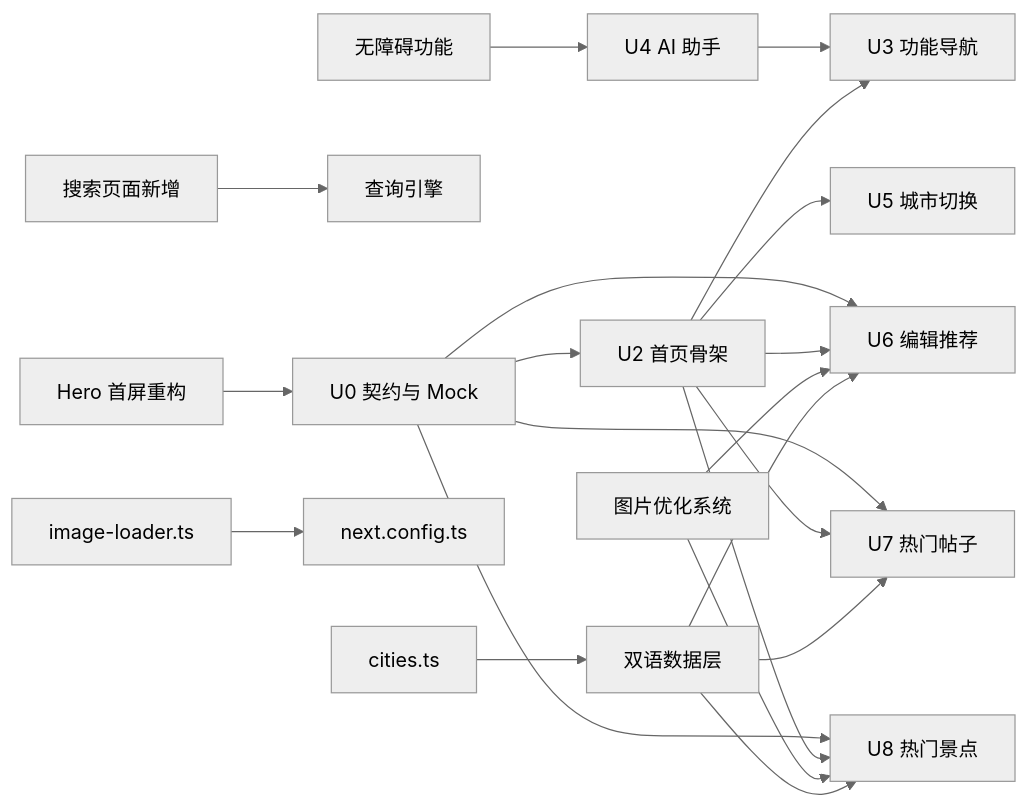
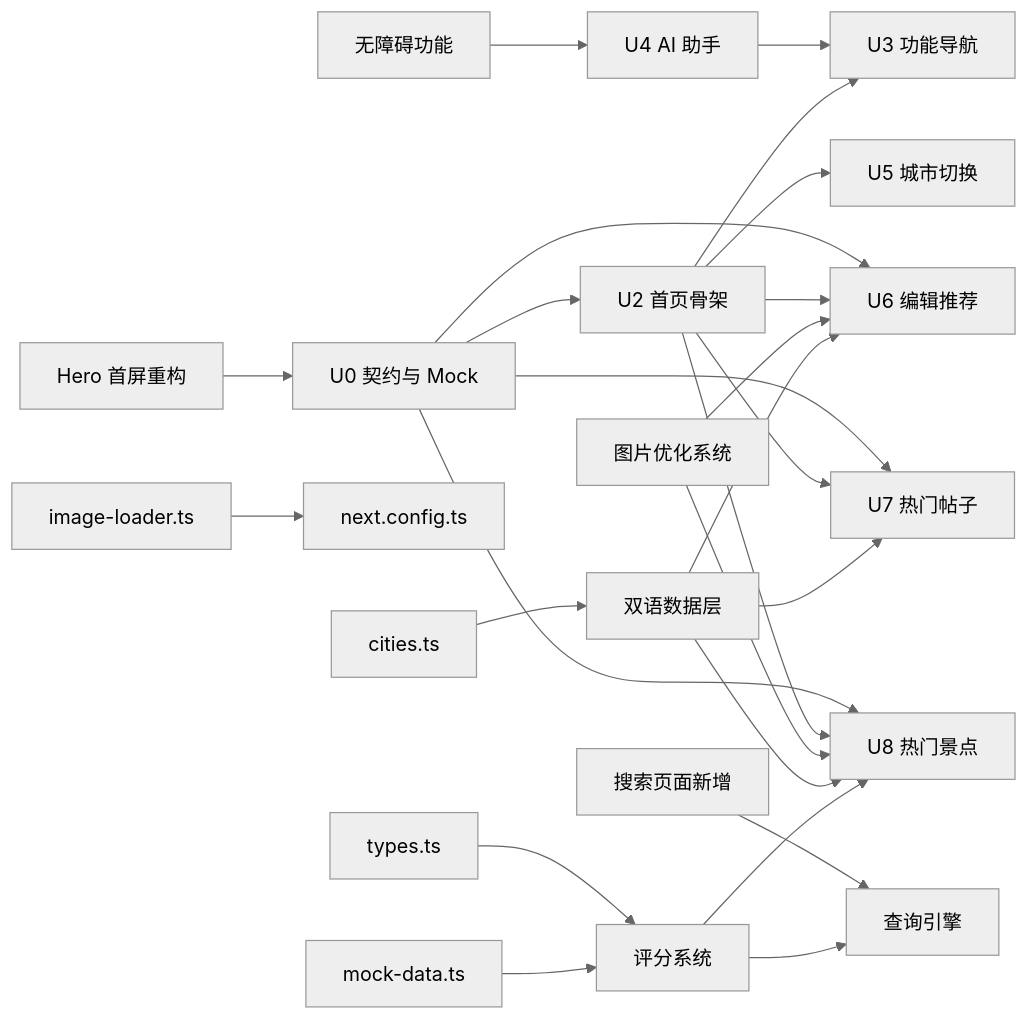
Diagram 14 of 14 in .qoder/repowiki/zh/content/规格驱动开发/WanderChain 首页规格文档/WanderChain 首页规格文档.md (luyitiger6/my-first-project), drawn with Mermaid (neutral theme) before and after one commit. The commit also changed other lines of this file and 33 other files, not shown here.

````diff
--- a/.qoder/repowiki/zh/content/规格驱动开发/WanderChain 首页规格文档/WanderChain 首页规格文档.md
+++ b/.qoder/repowiki/zh/content/规格驱动开发/WanderChain 首页规格文档/WanderChain 首页规格文档.md
@@ -519,23 +578,27 @@
 ```mermaid
 graph LR
 U0["U0 契约与 Mock"] --> U2["U2 首页骨架"]
 U0 --> U6["U6 编辑推荐"]
 U0 --> U7["U7 热门帖子"]
 U0 --> U8["U8 热门景点"]
 U4["U4 AI 助手"] --> U3["U3 功能导航"]
 U2 --> U3
 U2 --> U5["U5 城市切换"]
 U2 --> U6
 U2 --> U7
 U2 --> U8
 Hero["Hero 首屏重构"] --> U0
 Search["搜索页面新增"] --> Query["查询引擎"]
 Accessibility["无障碍功能"] --> U4
 ImageOpt["图片优化系统"] --> U6
 ImageOpt --> U8
 Loader["image-loader.ts"] --> Config["next.config.ts"]
 Bilingual["双语数据层"] --> U6
 Bilingual --> U7
 Bilingual --> U8
+RatingSystem["评分系统"] --> U8
+RatingSystem --> Query
 Cities["cities.ts"] --> Bilingual
+Types["types.ts"] --> RatingSystem
+MockData["mock-data.ts"] --> RatingSystem
 ```
````
